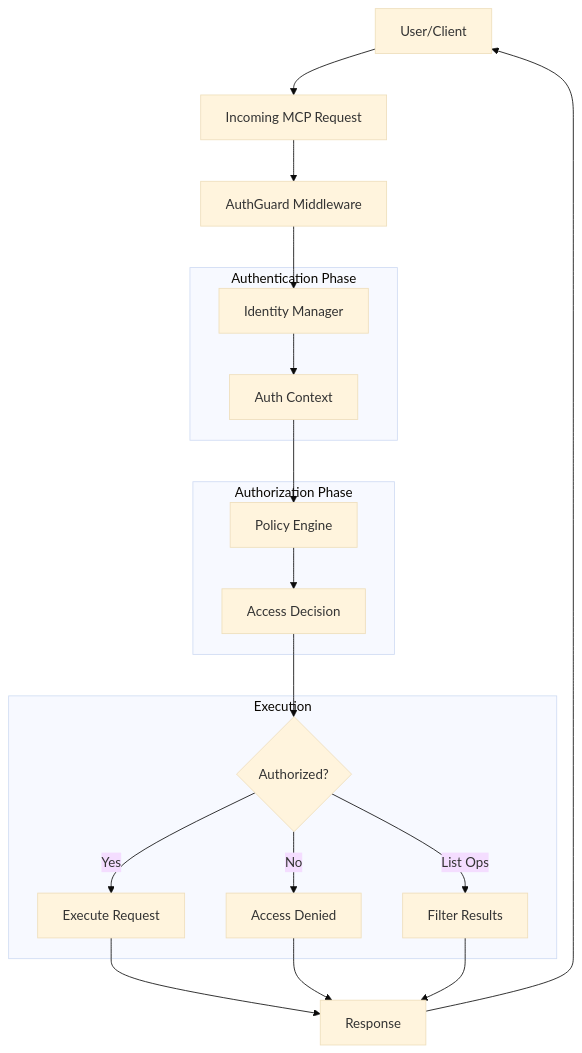
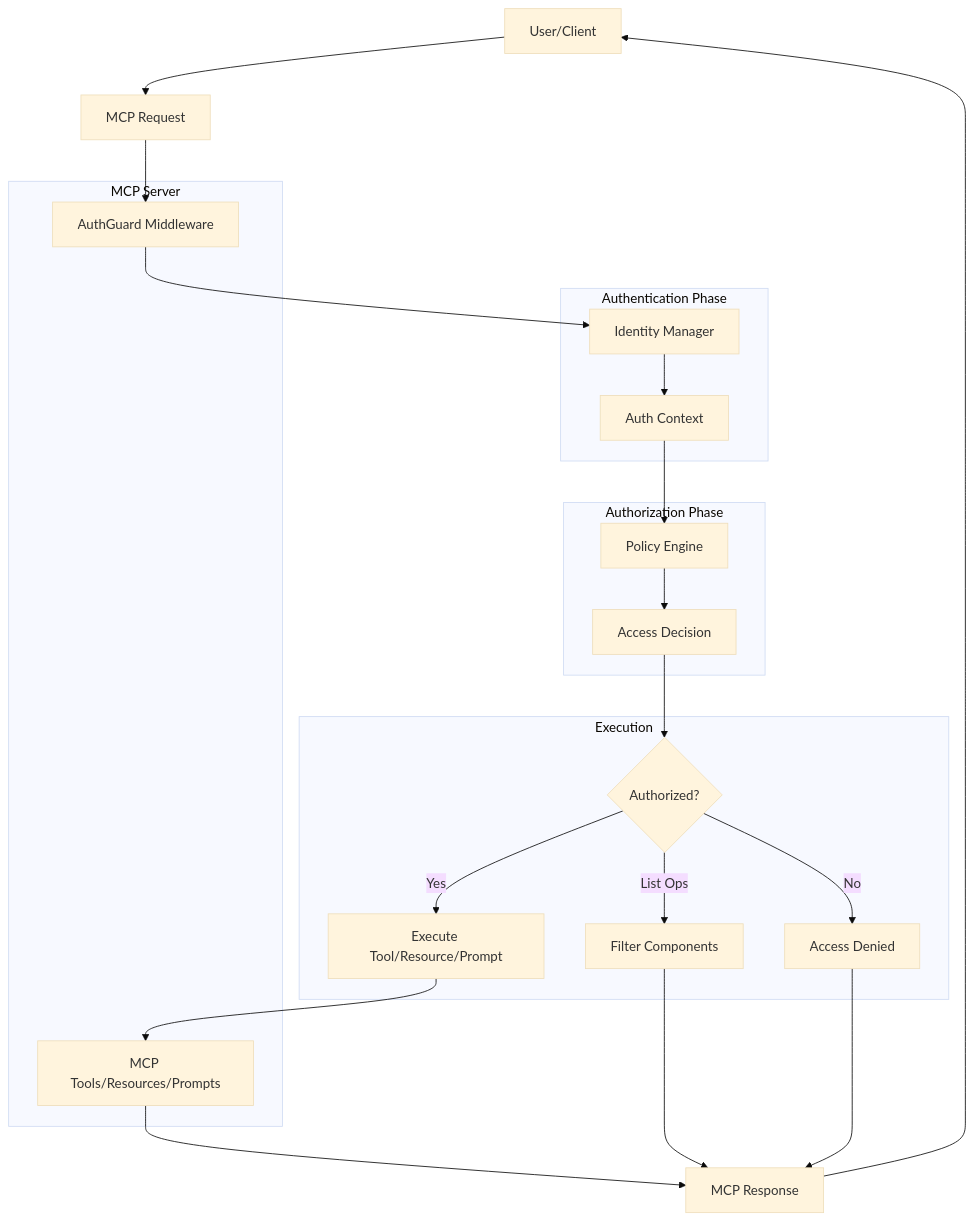
The first of 2 diagrams in README.md (sandipan1/mcp-auth-guard), drawn with Mermaid (base theme) before and after one commit.

Commit message:
update user flow

````diff
--- a/README.md
+++ b/README.md
@@ -19,42 +19,47 @@
 ```mermaid
 graph TD
     User["User/Client"]
-    Request["Incoming MCP Request"]
-    Middleware["AuthGuard Middleware"]
+    Request["MCP Request"]
+    
+    subgraph "MCP Server"
+        AuthMiddleware["AuthGuard Middleware"]
+        MCPTools["MCP Tools/Resources/Prompts"]
+    end
     
     subgraph "Authentication Phase"
         Auth["Identity Manager"]
         AuthResult["Auth Context"]
     end
     
     subgraph "Authorization Phase"
         Policy["Policy Engine"]
         Decision["Access Decision"]
     end
     
     subgraph "Execution"
         Allowed{"Authorized?"}
-        Execute["Execute Request"]
+        ToolExecution["Execute Tool/Resource/Prompt"]
         Deny["Access Denied"]
-        Filter["Filter Results"]
+        Filter["Filter Components"]
     end
     
-    Response["Response"]
+    Response["MCP Response"]
     
     User --> Request
-    Request --> Middleware
-    Middleware --> Auth
+    Request --> AuthMiddleware
+    AuthMiddleware --> Auth
     Auth --> AuthResult
     AuthResult --> Policy
     Policy --> Decision
     Decision --> Allowed
     
-    Allowed -->|Yes| Execute
+    Allowed -->|Yes| ToolExecution
     Allowed -->|No| Deny
     Allowed -->|List Ops| Filter
     
-    Execute --> Response
+    ToolExecution --> MCPTools
+    MCPTools --> Response
+    Filter --> Response
     Deny --> Response
-    Filter --> Response
     Response --> User
 ```
````
